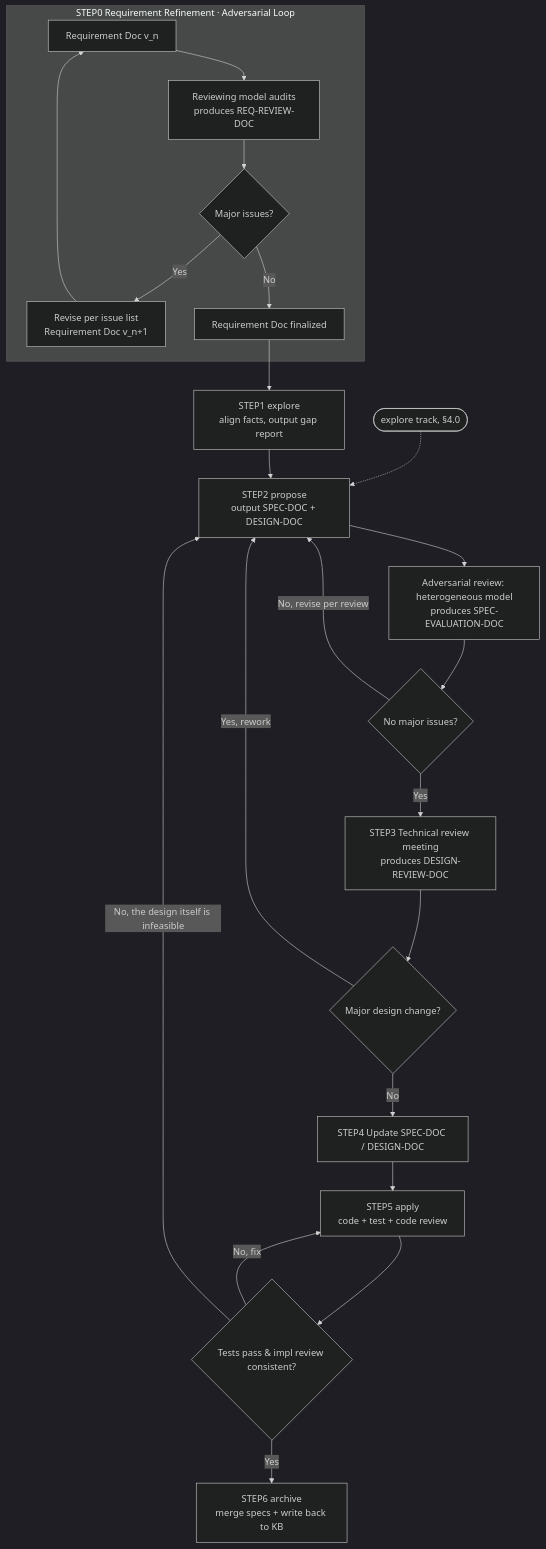
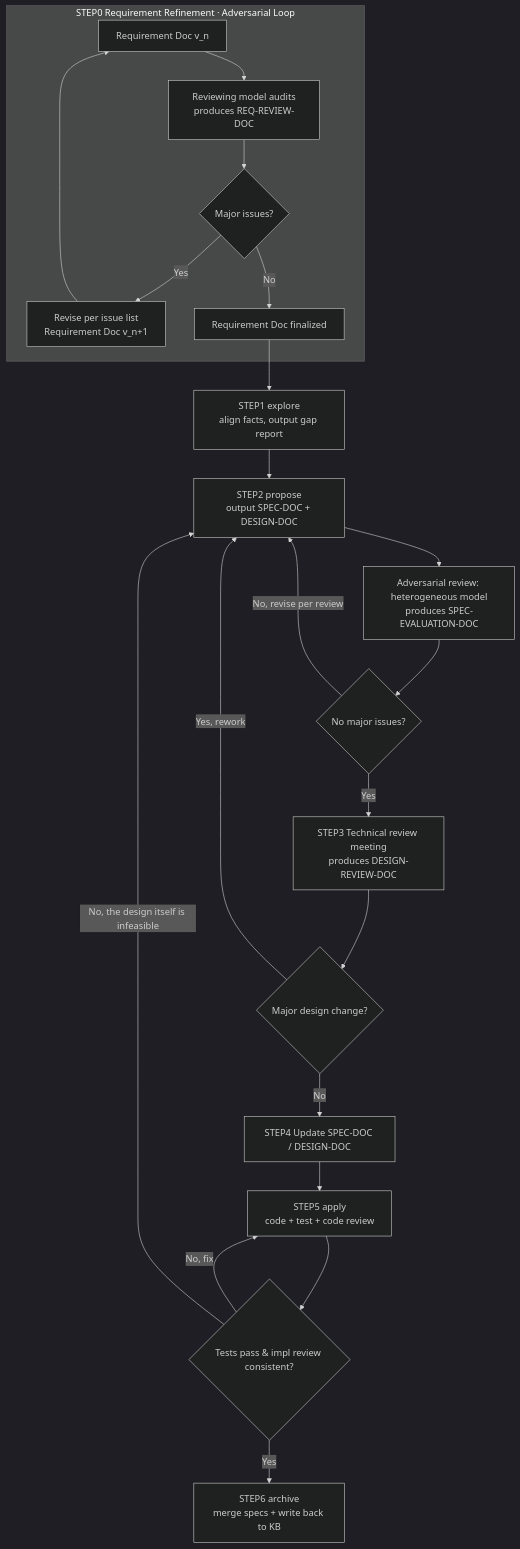
Before and after one commit to Apriorhythm/apriori-spec-development: the diagram in docs/concepts.md, drawn with Mermaid (dark theme). The commit also changed other lines of this file and 35 other files, not shown here.

````diff
--- a/docs/concepts.md
+++ b/docs/concepts.md
@@ -312,28 +292,27 @@
 ```mermaid
 graph TD
-    X0([explore track, §4.0]) -.-> C
     subgraph S0[STEP0 Requirement Refinement · Adversarial Loop]
         A1[Requirement Doc v_n] --> A2[Reviewing model audits<br/>produces REQ-REVIEW-DOC]
         A2 --> A3{Major issues?}
         A3 -- Yes --> A4[Revise per issue list<br/>Requirement Doc v_n+1]
         A4 --> A1
         A3 -- No --> A5[Requirement Doc finalized]
     end
 
     A5 --> B[STEP1 explore<br/>align facts, output gap report]
     B --> C[STEP2 propose<br/>output SPEC-DOC + DESIGN-DOC]
 
     C --> D[Adversarial review: heterogeneous model<br/>produces SPEC-EVALUATION-DOC]
     D --> D2{No major issues?}
     D2 -- No, revise per review --> C
 
     D2 -- Yes --> E[STEP3 Technical review meeting<br/>produces DESIGN-REVIEW-DOC]
     E --> F{Major design change?}
     F -- Yes, rework --> C
     F -- No --> G[STEP4 Update SPEC-DOC / DESIGN-DOC]
     G --> H[STEP5 apply<br/>code + test + code review]
     H --> H2{Tests pass & impl review consistent?}
     H2 -- No, fix --> H
     H2 -- No, the design itself is infeasible --> C
     H2 -- Yes --> I[STEP6 archive<br/>merge specs + write back to KB]
 ```
````
